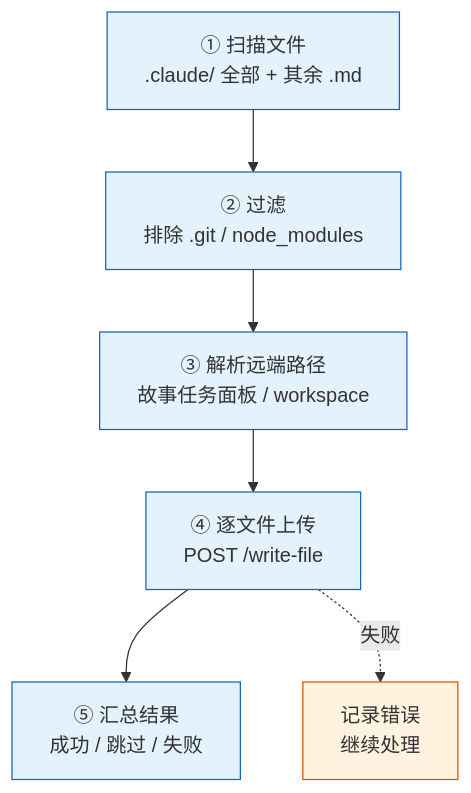
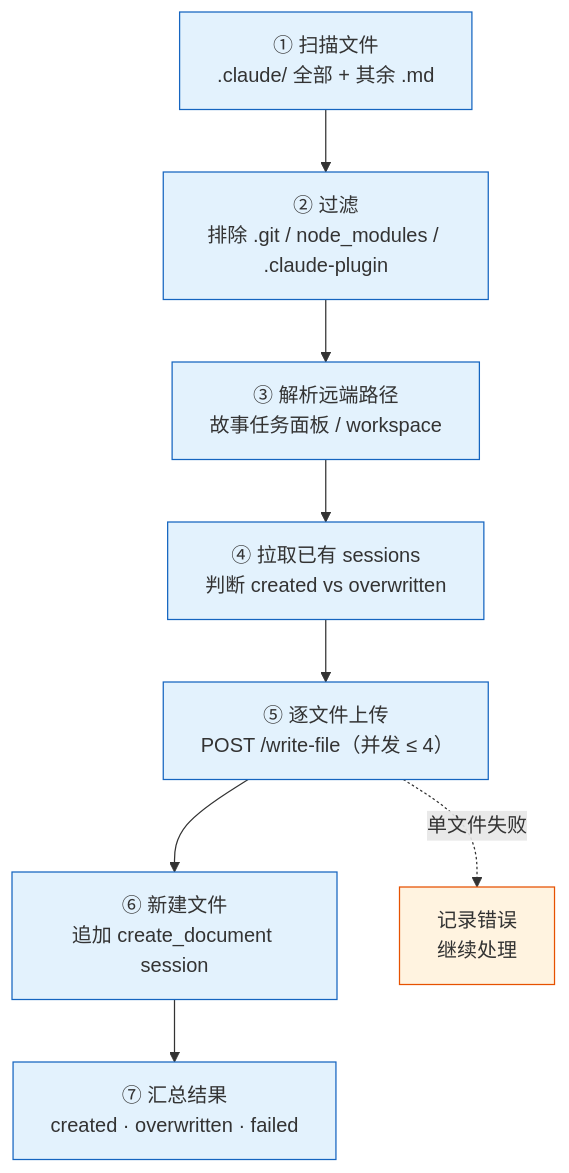
One commit to effiy/YrY changed the first of 8 diagrams in skills/import-docs/SKILL.md. Above: the diagram before and after it, drawn with Mermaid. The commit also changed other lines of this file and 14 other files, not shown here.

````diff
--- a/skills/import-docs/SKILL.md
+++ b/skills/import-docs/SKILL.md
@@ -17,12 +18,14 @@
 ```mermaid
 flowchart TB
-    SCAN["① 扫描文件<br/>.claude/ 全部 + 其余 .md"]:::step --> FILTER["② 过滤<br/>排除 .git / node_modules"]:::step
+    SCAN["① 扫描文件<br/>.claude/ 全部 + 其余 .md"]:::step --> FILTER["② 过滤<br/>排除 .git / node_modules / .claude-plugin"]:::step
     FILTER --> RESOLVE["③ 解析远端路径<br/>故事任务面板 / workspace"]:::step
-    RESOLVE --> UPLOAD["④ 逐文件上传<br/>POST /write-file"]:::step
-    UPLOAD --> REPORT["⑤ 汇总结果<br/>成功 / 跳过 / 失败"]:::step
+    RESOLVE --> EXIST["④ 拉取已有 sessions<br/>判断 created vs overwritten"]:::step
+    EXIST --> UPLOAD["⑤ 逐文件上传<br/>POST /write-file（并发 ≤ 4）"]:::step
+    UPLOAD --> SESSION["⑥ 新建文件<br/>追加 create_document session"]:::step
+    SESSION --> REPORT["⑦ 汇总结果<br/>created · overwritten · failed"]:::step
 
-    UPLOAD -.->|"失败"| RETRY["记录错误<br/>继续处理"]:::warn
+    UPLOAD -.->|"单文件失败"| RETRY["记录错误<br/>继续处理"]:::warn
 
     classDef step fill:#e3f2fd,stroke:#1565c0;
     classDef warn fill:#fff3e0,stroke:#e65100;
 ```
````
